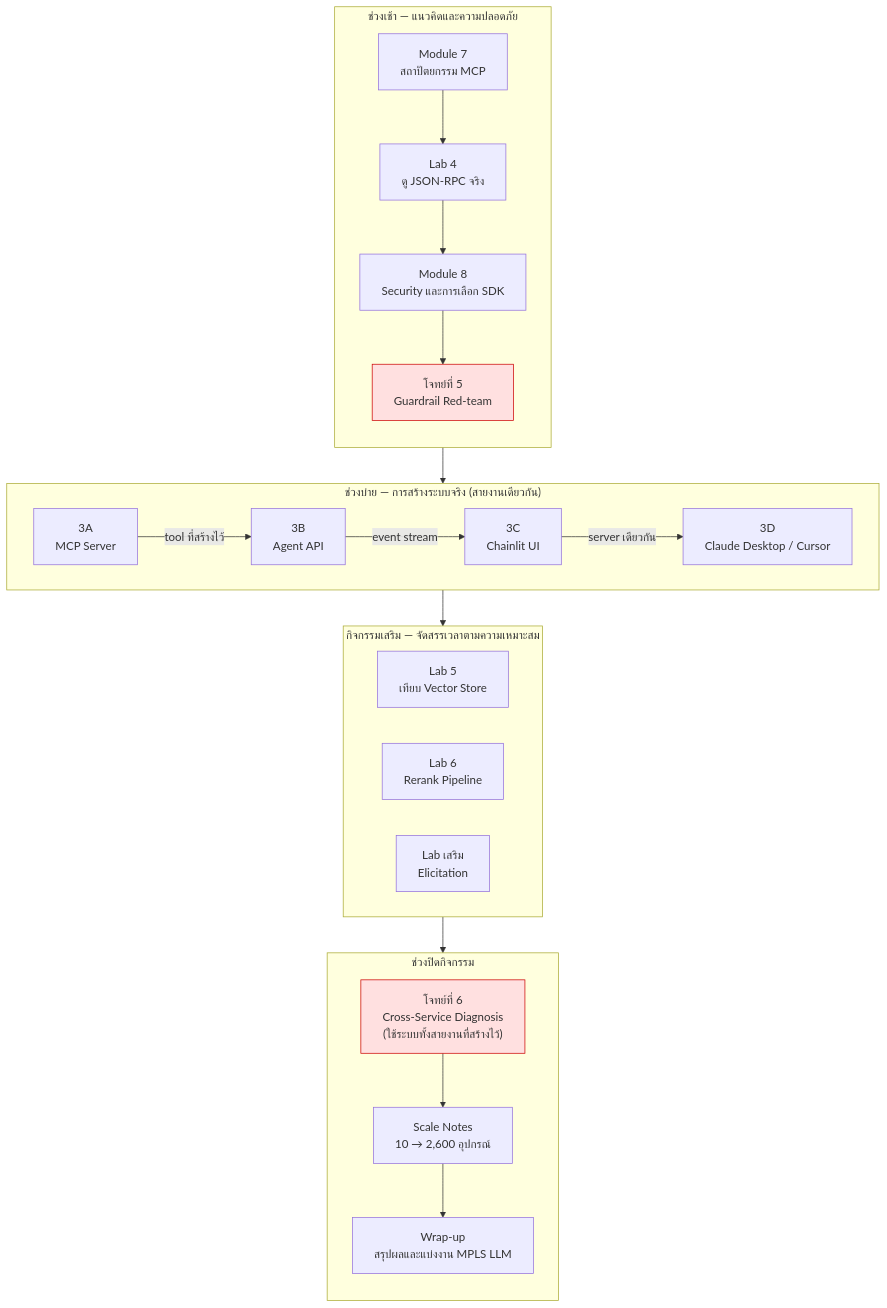
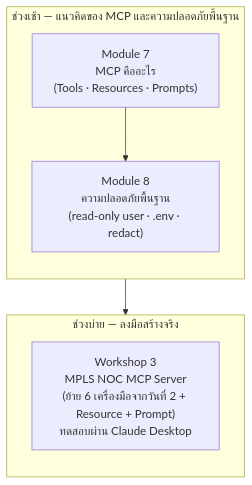
Before and after one commit to LLM-CE-KMITL/mcp-workshop: the diagram in INSTRUCTIONS/day3/00-day3-overview.md, drawn with Mermaid. The commit also changed other lines of this file and 45 other files, not shown here.

````diff
--- a/INSTRUCTIONS/day3/00-day3-overview.md
+++ b/INSTRUCTIONS/day3/00-day3-overview.md
@@ -9,38 +9,14 @@
 ```mermaid
 flowchart TD
-    subgraph M["ช่วงเช้า — แนวคิดและความปลอดภัย"]
+    subgraph M["ช่วงเช้า — แนวคิดของ MCP และความปลอดภัยพื้นฐาน"]
         direction TB
-        M1["Module 7<br/>สถาปัตยกรรม MCP"] --> M2["Lab 4<br/>ดู JSON-RPC จริง"]
-        M2 --> M3["Module 8<br/>Security และการเลือก SDK"]
-        M3 --> M4["โจทย์ที่ 5<br/>Guardrail Red-team"]
+        M1["Module 7<br/>MCP คืออะไร<br/>(Tools · Resources · Prompts)"] --> M2["Module 8<br/>ความปลอดภัยพื้นฐาน<br/>(read-only user · .env · redact)"]
     end
 
-    M4 --> A
+    M2 --> A
 
-    subgraph A["ช่วงบ่าย — การสร้างระบบจริง (สายงานเดียวกัน)"]
-        direction LR
-        A1["3A<br/>MCP Server"] -->|"tool ที่สร้างไว้"| A2["3B<br/>Agent API"]
-        A2 -->|"event stream"| A3["3C<br/>Chainlit UI"]
-        A3 -->|"server เดียวกัน"| A4["3D<br/>Claude Desktop / Cursor"]
+    subgraph A["ช่วงบ่าย — ลงมือสร้างจริง"]
+        direction TB
+        A1["Workshop 3<br/>MPLS NOC MCP Server<br/>(ย้าย 6 เครื่องมือจากวันที่ 2 + Resource + Prompt)<br/>ทดสอบผ่าน Claude Desktop"]
     end
-
-    A --> L
-
-    subgraph L["กิจกรรมเสริม — จัดสรรเวลาตามความเหมาะสม"]
-        direction LR
-        L1["Lab 5<br/>เทียบ Vector Store"]
-        L2["Lab 6<br/>Rerank Pipeline"]
-        L3["Lab เสริม<br/>Elicitation"]
-    end
-
-    L --> C
-
-    subgraph C["ช่วงปิดกิจกรรม"]
-        direction TB
-        C1["โจทย์ที่ 6<br/>Cross-Service Diagnosis<br/>(ใช้ระบบทั้งสายงานที่สร้างไว้)"] --> C2["Scale Notes<br/>10 → 2,600 อุปกรณ์"]
-        C2 --> C3["Wrap-up<br/>สรุปผลและแบ่งงาน MPLS LLM"]
-    end
-
-    style M4 fill:#ffe0e0,stroke:#c00
-    style C1 fill:#ffe0e0,stroke:#c00
 ```
````
